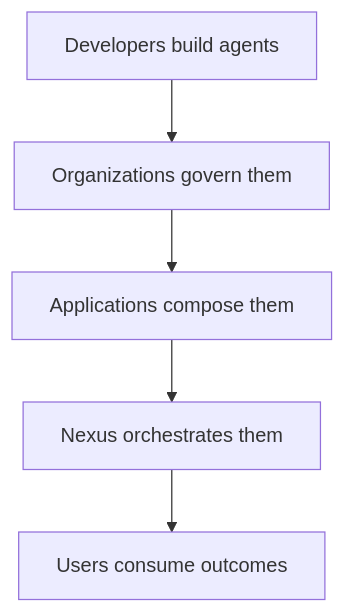
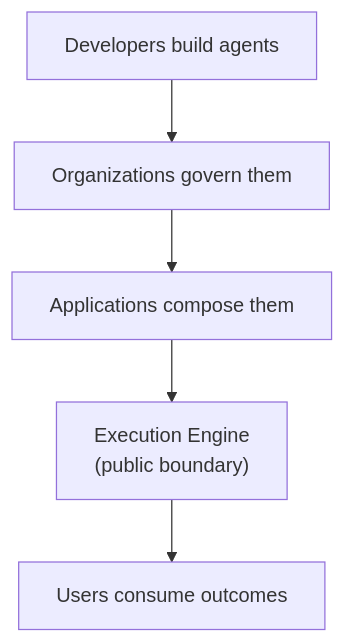
One commit to jakbuczarnecki/intergrax changed diagram 24 of 24 in docs/project/overview/AGENT_MARKETPLACE.md. Above: the diagram before and after it, drawn with Mermaid. The commit also changed other lines of this file, not shown here.

First line of the commit message:
docs(marketplace): align agent marketplace with execution boundary

````diff
--- a/docs/project/overview/AGENT_MARKETPLACE.md
+++ b/docs/project/overview/AGENT_MARKETPLACE.md
@@ -1048,10 +1065,10 @@
 ```mermaid
 flowchart TB
     DEV["Developers build agents"]
     GOV["Organizations govern them"]
     APP["Applications compose them"]
-    NEX["Nexus orchestrates them"]
+    EE["Execution Engine\n(public boundary)"]
     USR["Users consume outcomes"]
 
-    DEV --> GOV --> APP --> NEX --> USR
+    DEV --> GOV --> APP --> EE --> USR
 ```
````
